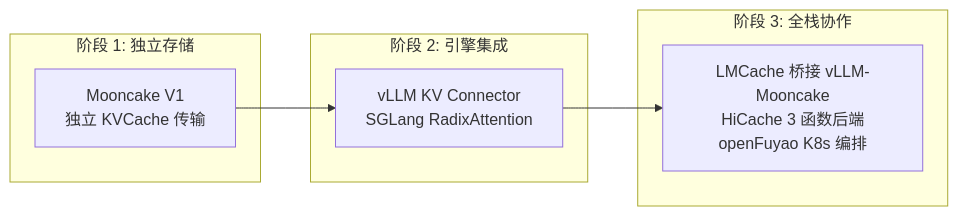
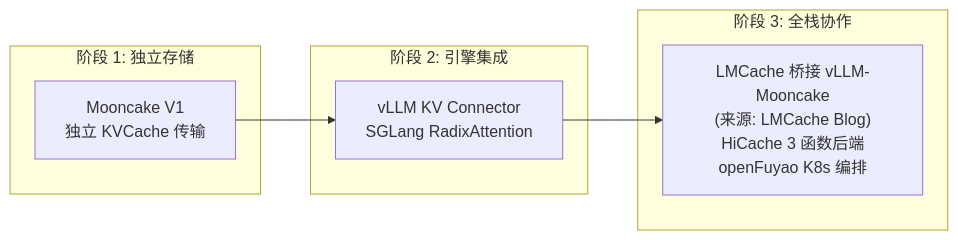
Before and after one commit to QJWang23/Mooncake: the seventh of 12 diagrams in docs/superpowers/briefings/2026-06-11-distributed-kvcache-executive-briefing.md, drawn with Mermaid. The commit also changed other lines of this file, not shown here.

````diff
--- a/docs/superpowers/briefings/2026-06-11-distributed-kvcache-executive-briefing.md
+++ b/docs/superpowers/briefings/2026-06-11-distributed-kvcache-executive-briefing.md
@@ -221,16 +282,16 @@
 ```mermaid
 graph LR
     subgraph 阶段1["阶段 1: 独立存储"]
         A["Mooncake V1<br/>独立 KVCache 传输"]
     end
 
     subgraph 阶段2["阶段 2: 引擎集成"]
         B["vLLM KV Connector<br/>SGLang RadixAttention"]
     end
 
     subgraph 阶段3["阶段 3: 全栈协作"]
-        C["LMCache 桥接 vLLM-Mooncake<br/>HiCache 3 函数后端<br/>openFuyao K8s 编排"]
+        C["LMCache 桥接 vLLM-Mooncake<br/>(来源: LMCache Blog)<br/>HiCache 3 函数后端<br/>openFuyao K8s 编排"]
     end
 
     A --> B --> C
 ```
````
